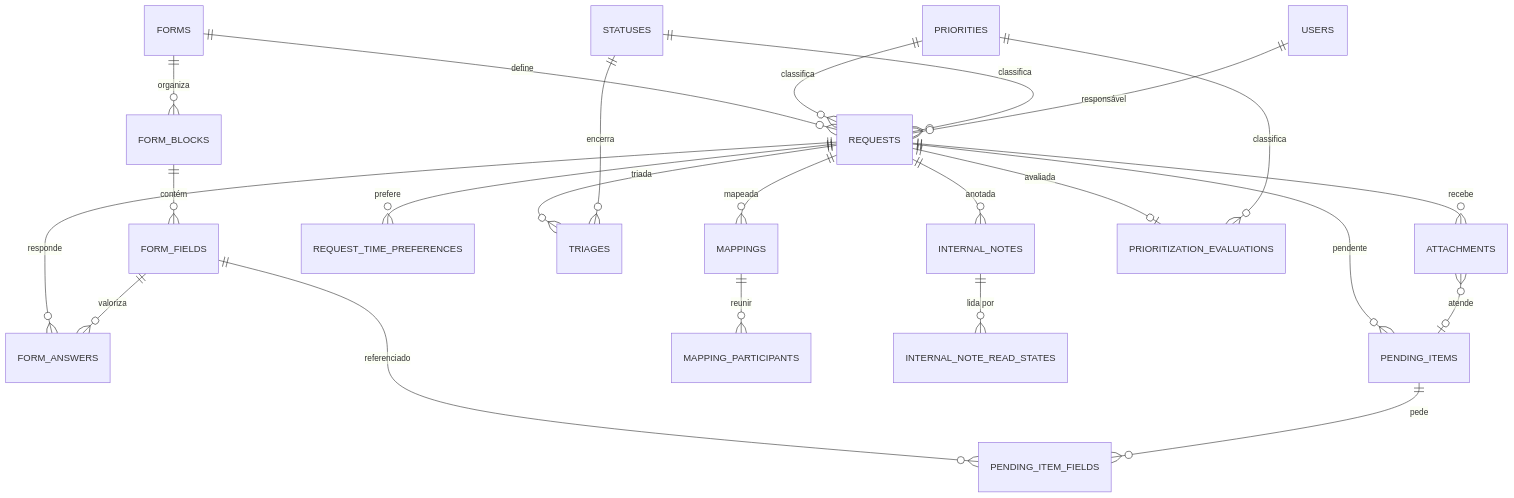
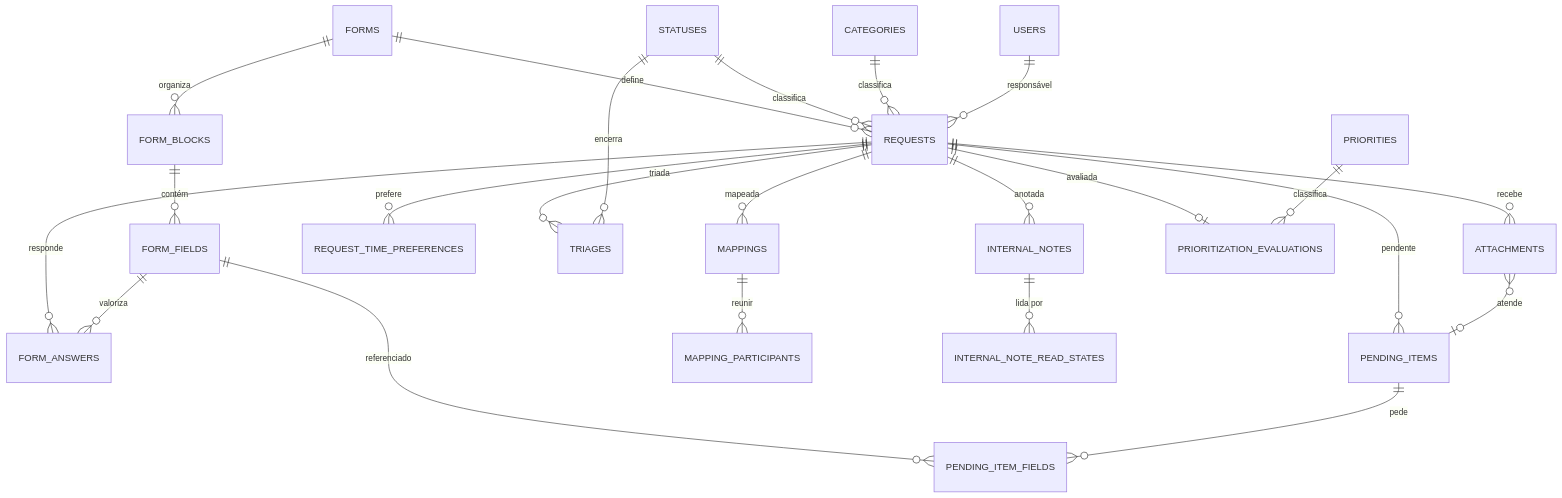
The first of 3 diagrams in docs/03-Data-Model.md (NEO-Kaizen/backend-novo), drawn with Mermaid before and after one commit. The commit also changed other lines of this file and 10 other files, not shown here.

````diff
--- a/docs/03-Data-Model.md
+++ b/docs/03-Data-Model.md
@@ -264,25 +293,25 @@
 ```mermaid
 erDiagram
     FORMS ||--o{ FORM_BLOCKS : "organiza"
     FORM_BLOCKS ||--o{ FORM_FIELDS : "contém"
     FORMS ||--o{ REQUESTS : "define"
     REQUESTS ||--o{ FORM_ANSWERS : "responde"
     FORM_FIELDS ||--o{ FORM_ANSWERS : "valoriza"
     FORM_FIELDS ||--o{ PENDING_ITEM_FIELDS : "referenciado"
     REQUESTS ||--o{ PENDING_ITEMS : "pendente"
     PENDING_ITEMS ||--o{ PENDING_ITEM_FIELDS : "pede"
     REQUESTS ||--o{ ATTACHMENTS : "recebe"
     ATTACHMENTS }o--o| PENDING_ITEMS : "atende"
     REQUESTS ||--o{ REQUEST_TIME_PREFERENCES : "prefere"
     REQUESTS ||--o{ TRIAGES : "triada"
     REQUESTS ||--o{ MAPPINGS : "mapeada"
     MAPPINGS ||--o{ MAPPING_PARTICIPANTS : "reunir"
     REQUESTS ||--o{ INTERNAL_NOTES : "anotada"
     INTERNAL_NOTES ||--o{ INTERNAL_NOTE_READ_STATES : "lida por"
     REQUESTS ||--o| PRIORITIZATION_EVALUATIONS : "avaliada"
     PRIORITIES ||--o{ PRIORITIZATION_EVALUATIONS : "classifica"
-    PRIORITIES ||--o{ REQUESTS : "classifica"
     STATUSES ||--o{ REQUESTS : "classifica"
+    CATEGORIES ||--o{ REQUESTS : "classifica"
     STATUSES ||--o{ TRIAGES : "encerra"
     USERS ||--o{ REQUESTS : "responsável"
 ```
````
